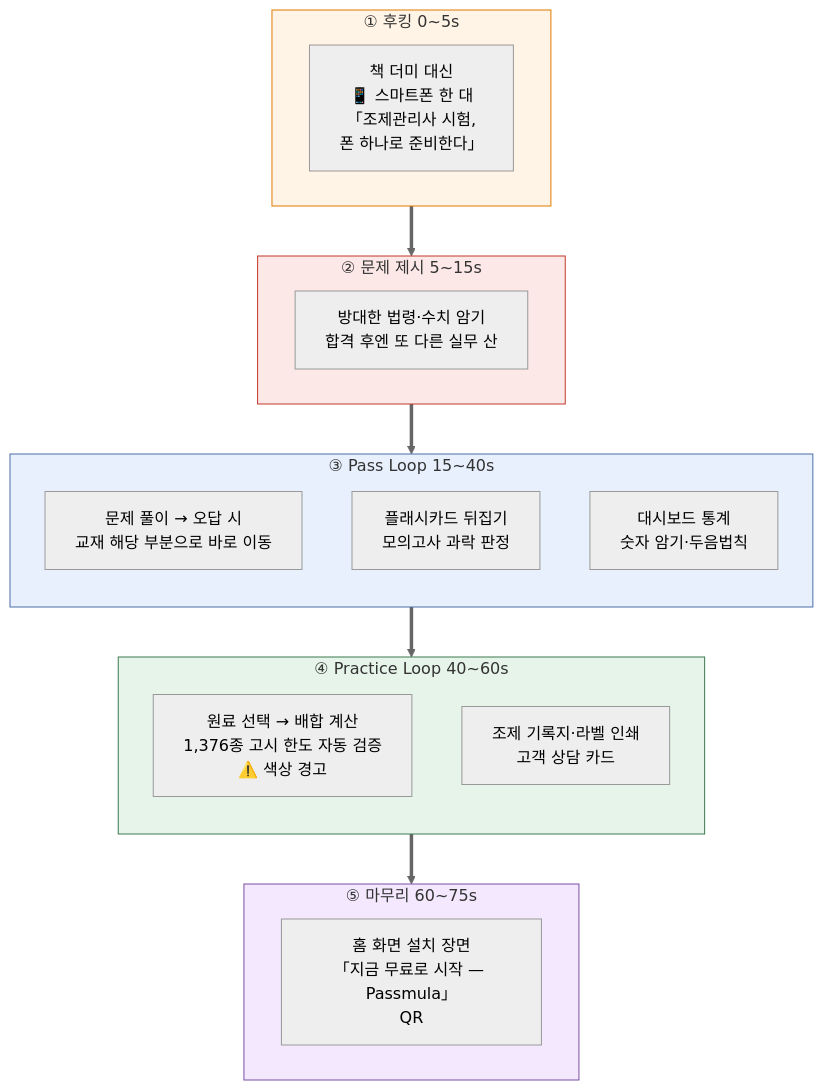
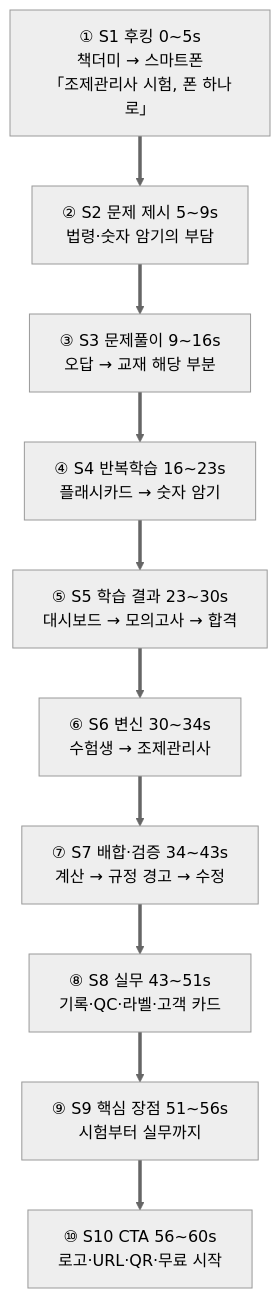
One commit to skygoldlee-cyber/Personalized_Skincare changed the second of 3 diagrams in docs/business/유튜브_홍보동영상_제작의뢰서.md. Above: the diagram before and after it, drawn with Mermaid (neutral theme). The commit also changed other lines of this file and 10 other files, not shown here.

First line of the commit message:
feat(reader): Mermaid 다이어그램 확대 모달 + 홍보영상 의뢰서 정리

````diff
--- a/docs/business/유튜브_홍보동영상_제작의뢰서.md
+++ b/docs/business/유튜브_홍보동영상_제작의뢰서.md
@@ -148,31 +153,15 @@
 ```mermaid
 flowchart TB
-    subgraph S1["① 후킹 0~5s"]
-        A["책 더미 대신<br/>📱 스마트폰 한 대<br/>「조제관리사 시험,<br/>폰 하나로 준비한다」"]
-    end
-    subgraph S2["② 문제 제시 5~15s"]
-        B["방대한 법령·수치 암기<br/>합격 후엔 또 다른 실무 산"]
-    end
-    subgraph S3["③ Pass Loop 15~40s"]
-        direction TB
-        C1["문제 풀이 → 오답 시<br/>교재 해당 부분으로 바로 이동"]
-        C2["플래시카드 뒤집기<br/>모의고사 과락 판정"]
-        C3["대시보드 통계<br/>숫자 암기·두음법칙"]
-    end
-    subgraph S4["④ Practice Loop 40~60s"]
-        direction TB
-        D1["원료 선택 → 배합 계산<br/>1,376종 고시 한도 자동 검증<br/>⚠️ 색상 경고"]
-        D2["조제 기록지·라벨 인쇄<br/>고객 상담 카드"]
-    end
-    subgraph S5["⑤ 마무리 60~75s"]
-        E["홈 화면 설치 장면<br/>「지금 무료로 시작 — Passmula」<br/>QR"]
-    end
+    S1["① S1 후킹 0~5s<br/>책더미 → 스마트폰<br/>「조제관리사 시험, 폰 하나로」"]
+    S2["② S2 문제 제시 5~9s<br/>법령·숫자 암기의 부담"]
+    S3["③ S3 문제풀이 9~16s<br/>오답 → 교재 해당 부분"]
+    S4["④ S4 반복학습 16~23s<br/>플래시카드 → 숫자 암기"]
+    S5["⑤ S5 학습 결과 23~30s<br/>대시보드 → 모의고사 → 합격"]
+    S6["⑥ S6 변신 30~34s<br/>수험생 → 조제관리사"]
+    S7["⑦ S7 배합·검증 34~43s<br/>계산 → 규정 경고 → 수정"]
+    S8["⑧ S8 실무 43~51s<br/>기록·QC·라벨·고객 카드"]
+    S9["⑨ S9 핵심 장점 51~56s<br/>시험부터 실무까지"]
+    S10["⑩ S10 CTA 56~60s<br/>로고·URL·QR·무료 시작"]
 
-    S1 ==> S2 ==> S3 ==> S4 ==> S5
-
-    style S1 fill:#fff4e5,stroke:#e07b00
-    style S2 fill:#fde8e8,stroke:#c0392b
-    style S3 fill:#e8f0fe,stroke:#4a6fa5
-    style S4 fill:#e6f4ea,stroke:#3c7a4f
-    style S5 fill:#f3e8fd,stroke:#7b4fa6
+    S1 ==> S2 ==> S3 ==> S4 ==> S5 ==> S6 ==> S7 ==> S8 ==> S9 ==> S10
 ```
````
